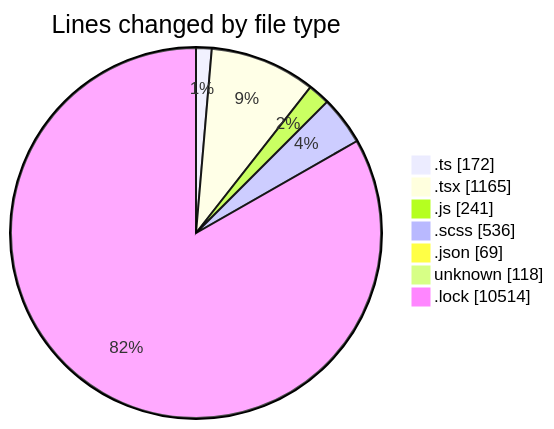
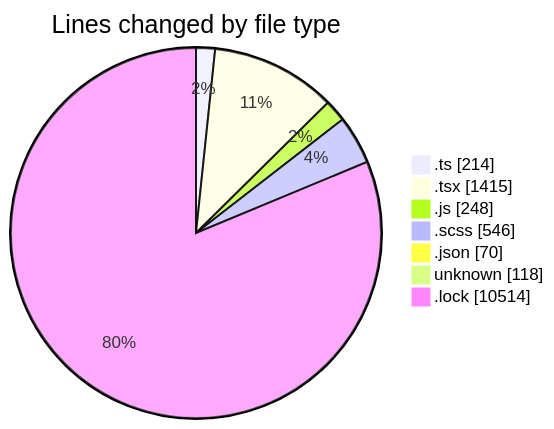
Before and after one commit to momahboobian/code-tracking: the first of 2 diagrams in 2026-05-08/cda/README.md, drawn with Mermaid. The commit also changed other lines of this file and 1 other file, not shown here.

````diff
--- a/2026-05-08/cda/README.md
+++ b/2026-05-08/cda/README.md
@@ -42,11 +42,11 @@
 ```mermaid
 pie showData
 title Lines changed by file type
-".ts" : 172
-".tsx" : 1165
-".js" : 241
-".scss" : 536
-".json" : 69
+".ts" : 214
+".tsx" : 1415
+".js" : 248
+".scss" : 546
+".json" : 70
 "unknown" : 118
 ".lock" : 10514
 ```
````
